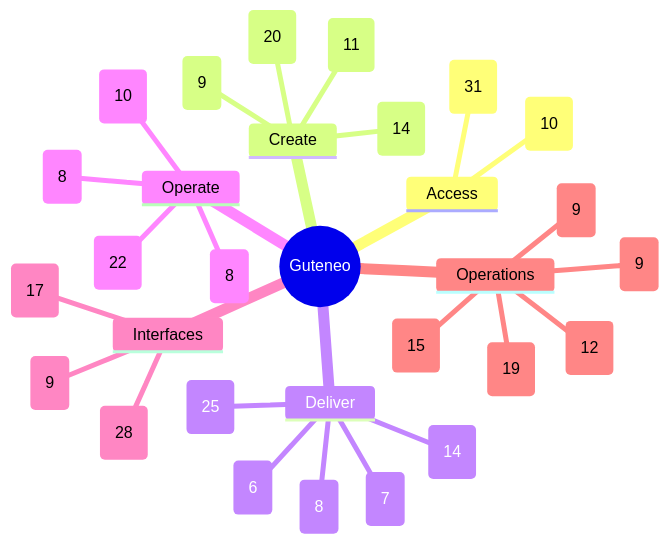
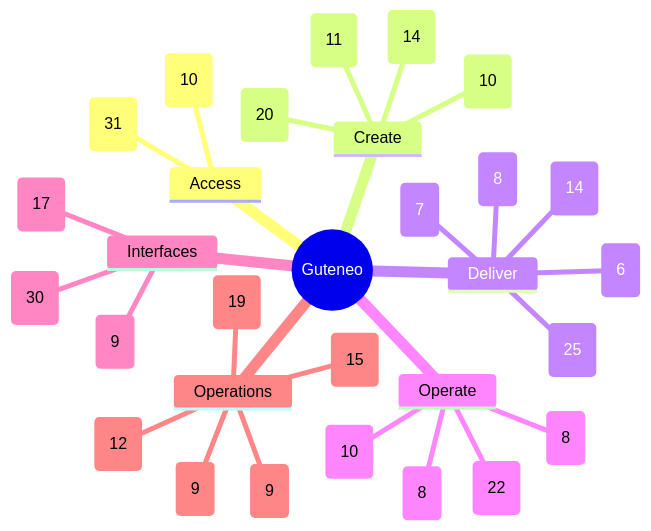
One commit to nclsppr/guteneo changed the diagram in docs/FEATURE_MAP.md. Above: the diagram before and after it, drawn with Mermaid. The commit also changed other lines of this file and 31 other files, not shown here.

````diff
--- a/docs/FEATURE_MAP.md
+++ b/docs/FEATURE_MAP.md
@@ -13,33 +13,33 @@
 ```mermaid
 mindmap
   root((Guteneo))
     Access
       Access and identity (31)
       Team and responsibilities (10)
     Create
       Documents and protection (20)
       Template studio (14)
-      Data and mappings (9)
+      Data and mappings (10)
       PDF generation and distribution (11)
     Deliver
       Fax (6)
       Postal mail (8)
       Email and protected links (14)
       Sensitive distribution and personal documents (25)
       Dispatch dry run (7)
     Operate
       Campaigns and tracking (8)
       Credits and billing (8)
       Workspace layout and browser appearance (22)
       PDF verification (10)
     Interfaces
-      Assistants and API (28)
+      Assistants and API (30)
       iPhone and iPad (9)
       Public pages, languages and appearance (17)
     Operations
       Reviewer OAuth qualification (9)
       Operations and reliability (19)
       Belvédère platform oversight (9)
       Public service status (15)
       Engineering documentation (12)
 ```
````
